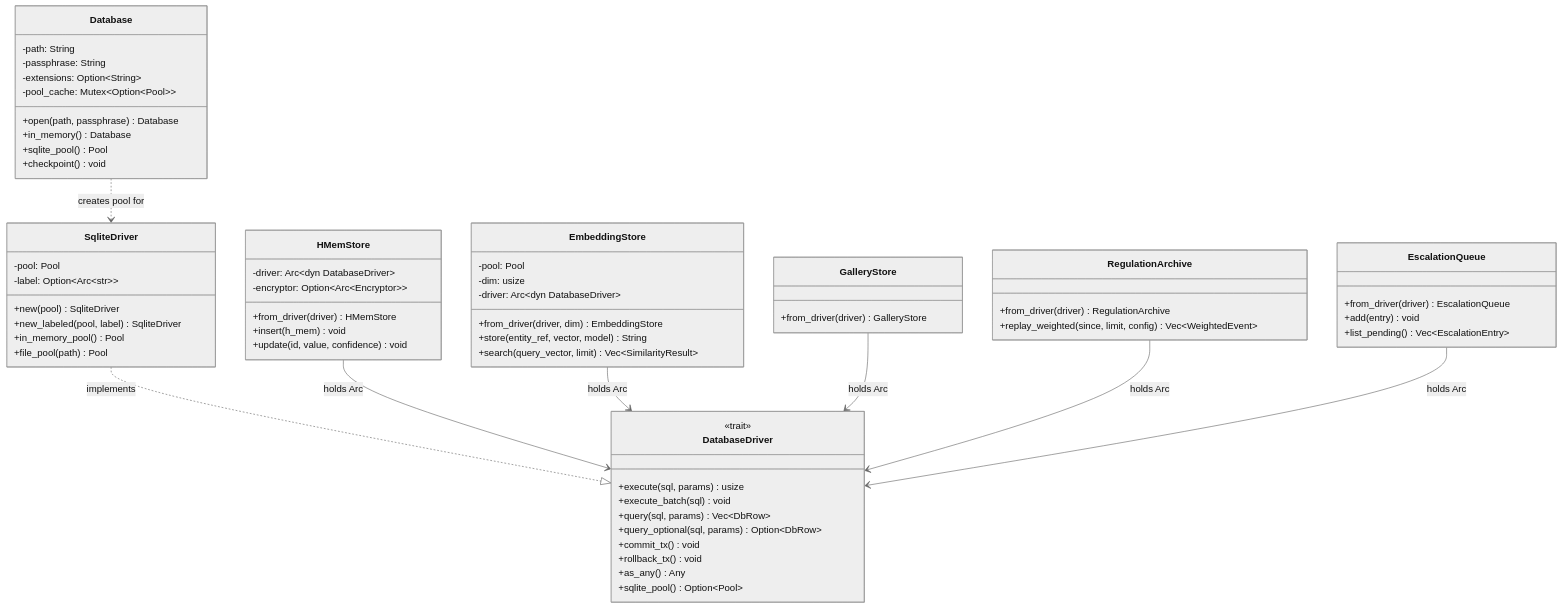
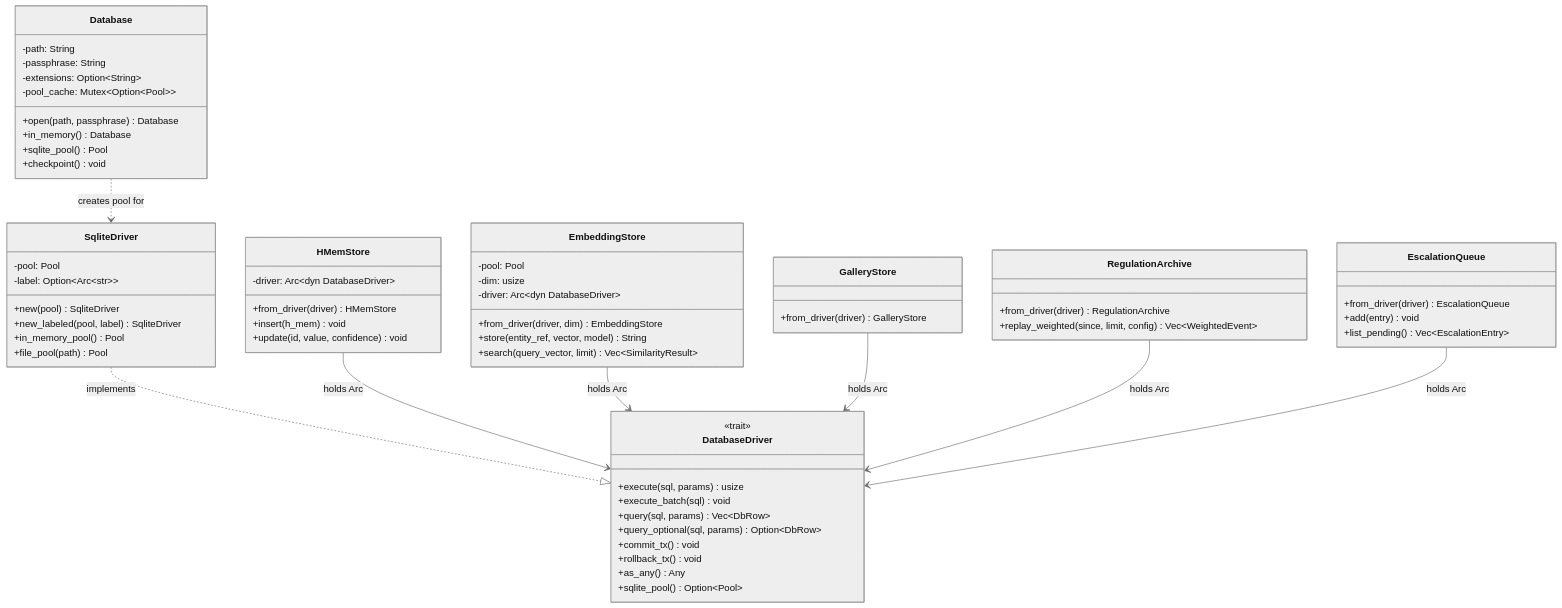
The first of 2 diagrams in kask/docs/diataxis/hkask-storage/reference.md (mdz-axo/zed-kask), drawn with Mermaid (neutral theme) before and after one commit. The commit also changed other lines of this file and 29 other files, not shown here.

````diff
--- a/kask/docs/diataxis/hkask-storage/reference.md
+++ b/kask/docs/diataxis/hkask-storage/reference.md
@@ -98,67 +96,66 @@
 ```mermaid
 classDiagram
     class Database {
         -path: String
         -passphrase: String
         -extensions: Option~String~
         -pool_cache: Mutex~Option~Pool~~
         +open(path, passphrase) Database
         +in_memory() Database
         +sqlite_pool() Pool
         +checkpoint() void
     }
     class DatabaseDriver {
         <<trait>>
         +execute(sql, params) usize
         +execute_batch(sql) void
         +query(sql, params) Vec~DbRow~
         +query_optional(sql, params) Option~DbRow~
         +commit_tx() void
         +rollback_tx() void
         +as_any() Any
         +sqlite_pool() Option~Pool~
     }
     class SqliteDriver {
         -pool: Pool
         -label: Option~Arc~str~~
         +new(pool) SqliteDriver
         +new_labeled(pool, label) SqliteDriver
         +in_memory_pool() Pool
         +file_pool(path) Pool
     }
     class HMemStore {
         -driver: Arc~dyn DatabaseDriver~
-        -encryptor: Option~Arc~Encryptor~~
         +from_driver(driver) HMemStore
         +insert(h_mem) void
         +update(id, value, confidence) void
     }
     class EmbeddingStore {
         -pool: Pool
         -dim: usize
         -driver: Arc~dyn DatabaseDriver~
         +from_driver(driver, dim) EmbeddingStore
         +store(entity_ref, vector, model) String
         +search(query_vector, limit) Vec~SimilarityResult~
     }
     class GalleryStore {
         +from_driver(driver) GalleryStore
     }
     class RegulationArchive {
         +from_driver(driver) RegulationArchive
         +replay_weighted(since, limit, config) Vec~WeightedEvent~
     }
     class EscalationQueue {
         +from_driver(driver) EscalationQueue
         +add(entry) void
         +list_pending() Vec~EscalationEntry~
     }
 
     Database ..> SqliteDriver : creates pool for
     SqliteDriver ..|> DatabaseDriver : implements
     HMemStore --> DatabaseDriver : holds Arc
     EmbeddingStore --> DatabaseDriver : holds Arc
     GalleryStore --> DatabaseDriver : holds Arc
     RegulationArchive --> DatabaseDriver : holds Arc
     EscalationQueue --> DatabaseDriver : holds Arc
 ```
````
